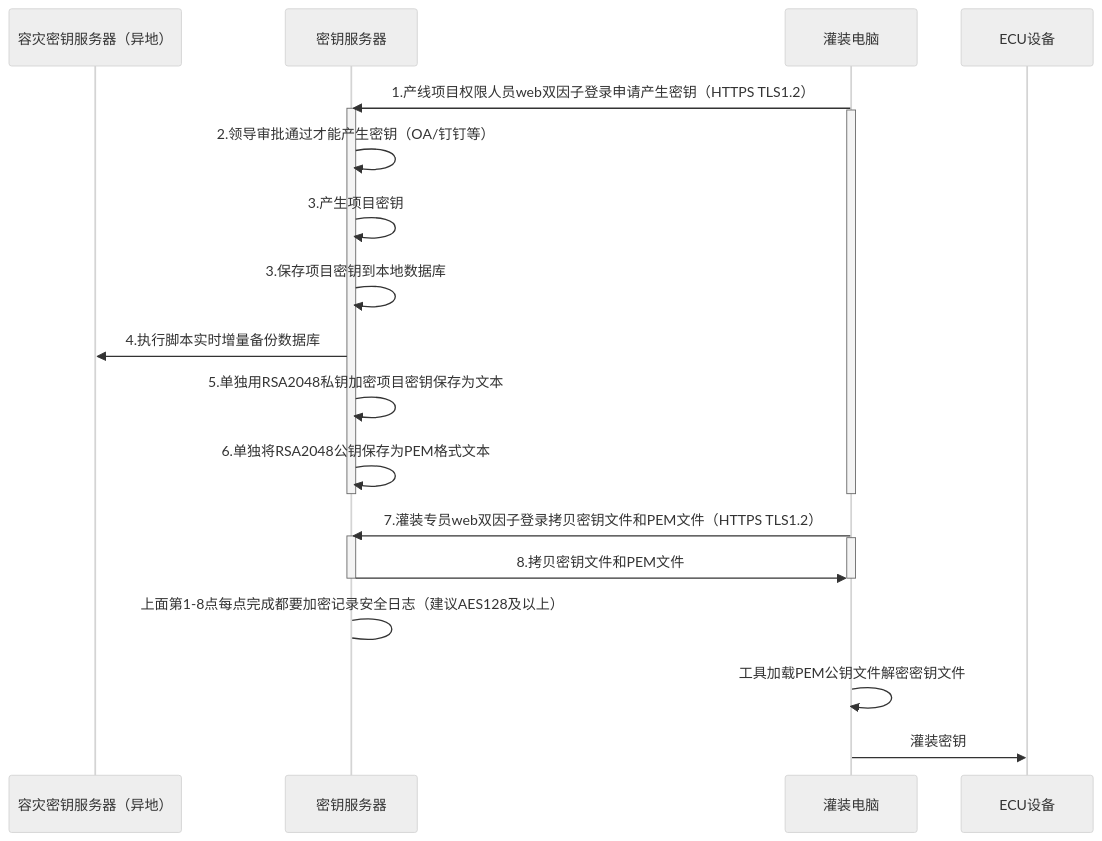
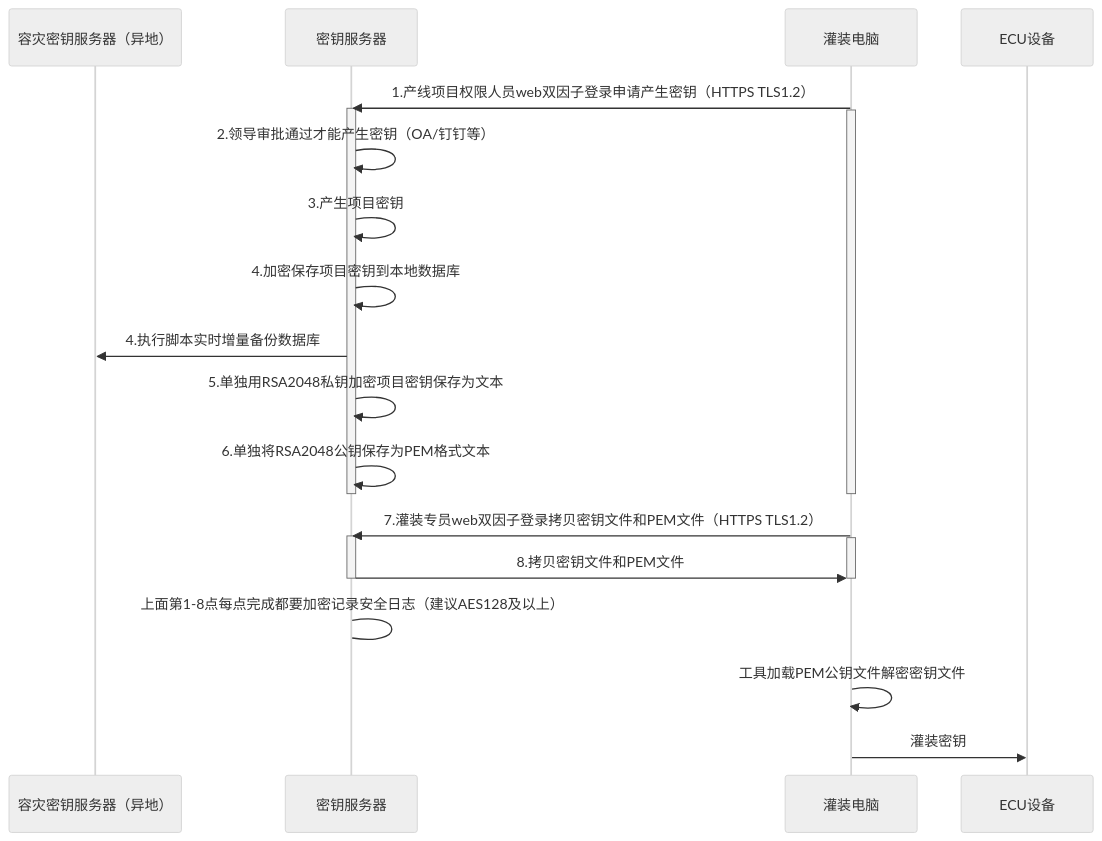
One commit to facebook-cloud/iodraw-files changed the diagram in all/未命名-15.md. Above: the diagram before and after it, drawn with Mermaid (neutral theme).

Commit message:
2026-02-12 13:51:53 update

````diff
--- a/all/未命名-15.md
+++ b/all/未命名-15.md
@@ -1,33 +1,33 @@
 ```mermaid
 sequenceDiagram
     participant A as 容灾密钥服务器（异地）
     participant B as 密钥服务器
     participant D as 灌装电脑
     participant E as ECU设备
 
     
     D->>B: 1.产线项目权限人员web双因子登录申请产生密钥（HTTPS TLS1.2）
     activate B
     activate D
     B->>B: 2.领导审批通过才能产生密钥（OA/钉钉等）
     B->>B: 3.产生项目密钥
-    B->>B: 3.保存项目密钥到本地数据库
+    B->>B: 4.加密保存项目密钥到本地数据库
     B->>A: 4.执行脚本实时增量备份数据库
     B->>B: 5.单独用RSA2048私钥加密项目密钥保存为文本
     B->>B: 6.单独将RSA2048公钥保存为PEM格式文本
     deactivate B
     deactivate D
 
     
     D->>B: 7.灌装专员web双因子登录拷贝密钥文件和PEM文件（HTTPS TLS1.2）
     activate B
     activate D
     B->>D: 8.拷贝密钥文件和PEM文件
     deactivate B
     deactivate D
     B->B: 上面第1-8点每点完成都要加密记录安全日志（建议AES128及以上）
 
     D->>D:工具加载PEM公钥文件解密密钥文件
     
     D->>E: 灌装密钥
 ```
````
